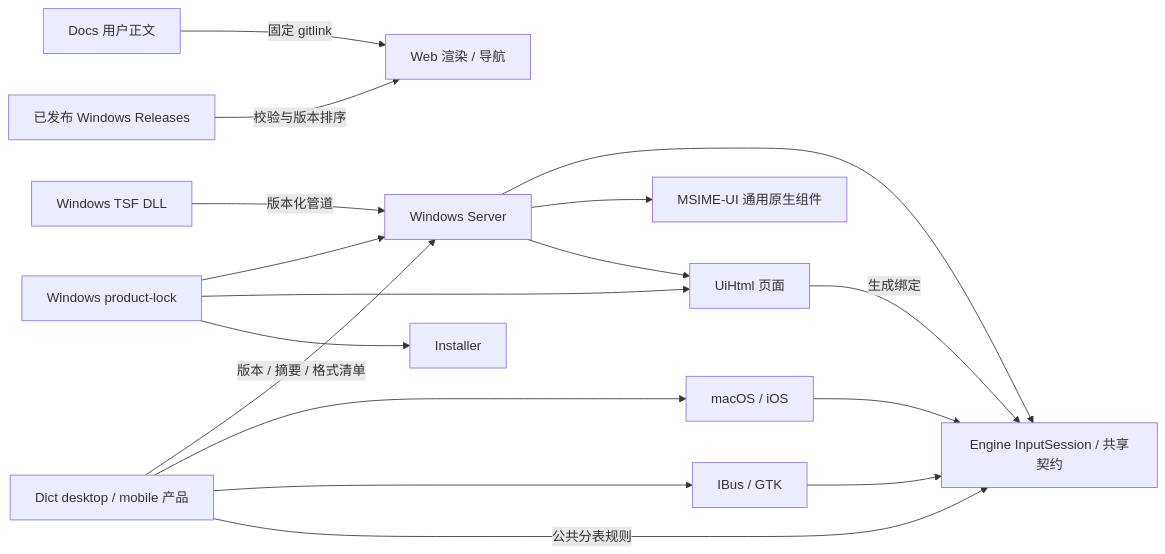
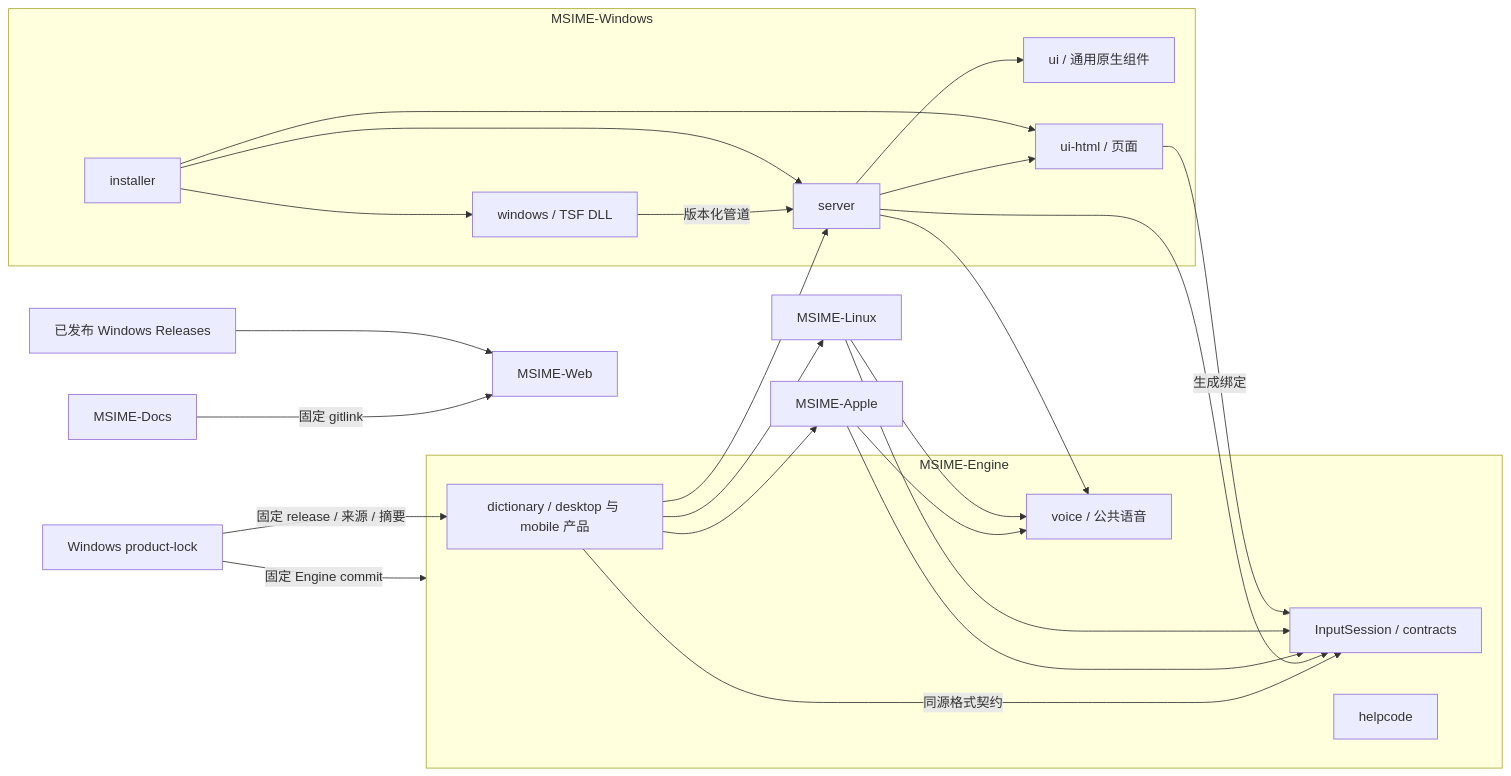
One commit to metasequoiaime/.github changed the diagram in ARCHITECTURE-WORK.md. Above: the diagram before and after it, drawn with Mermaid. The commit also changed other lines of this file, not shown here.

Commit message:
docs(architecture): describe the completed repository boundaries

````diff
--- a/ARCHITECTURE-WORK.md
+++ b/ARCHITECTURE-WORK.md
@@ -7,19 +7,32 @@
 ```mermaid
 flowchart LR
-  Windows[Windows TSF DLL] -->|版本化管道| Server[Windows Server]
-  Server --> Engine[Engine InputSession / 共享契约]
-  Apple[macOS / iOS] --> Engine
-  Linux[IBus / GTK] --> Engine
-  Server --> GUI[MSIME-UI 通用原生组件]
-  Server --> Pages[UiHtml 页面]
+  subgraph WindowsRepo[MSIME-Windows]
+    Windows[windows / TSF DLL] -->|版本化管道| Server[server]
+    Server --> GUI[ui / 通用原生组件]
+    Server --> Pages[ui-html / 页面]
+    Installer[installer] --> Windows
+    Installer --> Server
+    Installer --> Pages
+  end
+  subgraph EngineRepo[MSIME-Engine]
+    Engine[InputSession / contracts]
+    Dict[dictionary / desktop 与 mobile 产品]
+    Help[helpcode]
+    Voice[voice / 公共语音]
+    Dict -->|同源格式契约| Engine
+  end
+  Server --> Engine
+  Apple[MSIME-Apple] --> Engine
+  Linux[MSIME-Linux] --> Engine
   Pages -->|生成绑定| Engine
-  Dict[Dict desktop / mobile 产品] -->|版本 / 摘要 / 格式清单| Server
+  Lock[Windows product-lock] -->|固定 Engine commit| EngineRepo
+  Lock -->|固定 release / 来源 / 摘要| Dict
+  Dict --> Server
   Dict --> Apple
   Dict --> Linux
-  Dict -->|公共分表规则| Engine
-  Lock[Windows product-lock] --> Server
-  Lock --> Pages
-  Lock --> Installer[Installer]
-  Docs[Docs 用户正文] -->|固定 gitlink| Web[Web 渲染 / 导航]
-  Releases[已发布 Windows Releases] -->|校验与版本排序| Web
+  Server --> Voice
+  Apple --> Voice
+  Linux --> Voice
+  Docs[MSIME-Docs] -->|固定 gitlink| Web[MSIME-Web]
+  Releases[已发布 Windows Releases] --> Web
 ```
````
